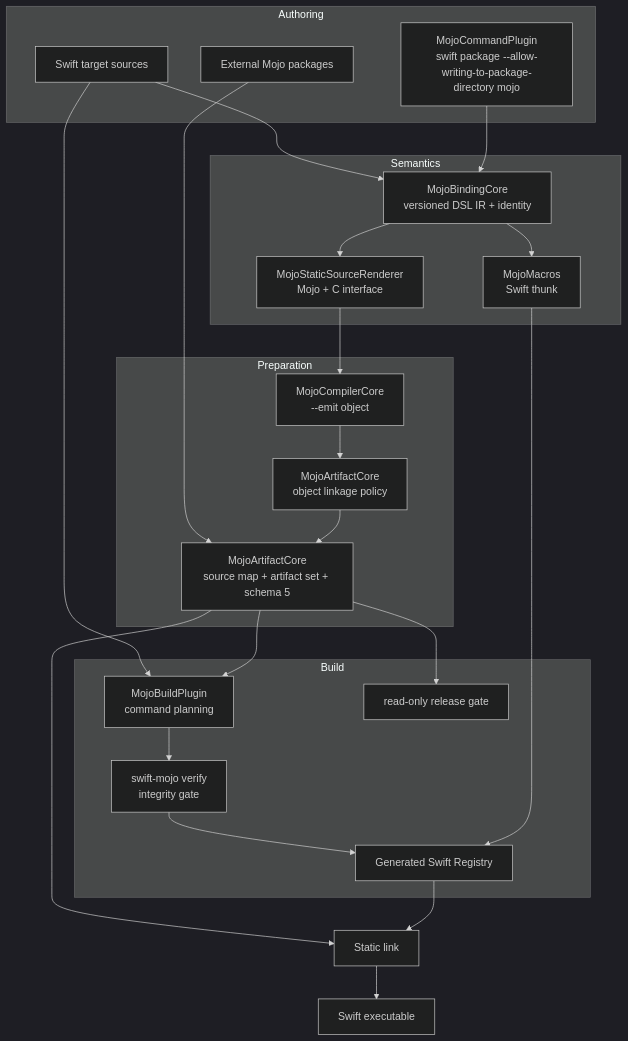
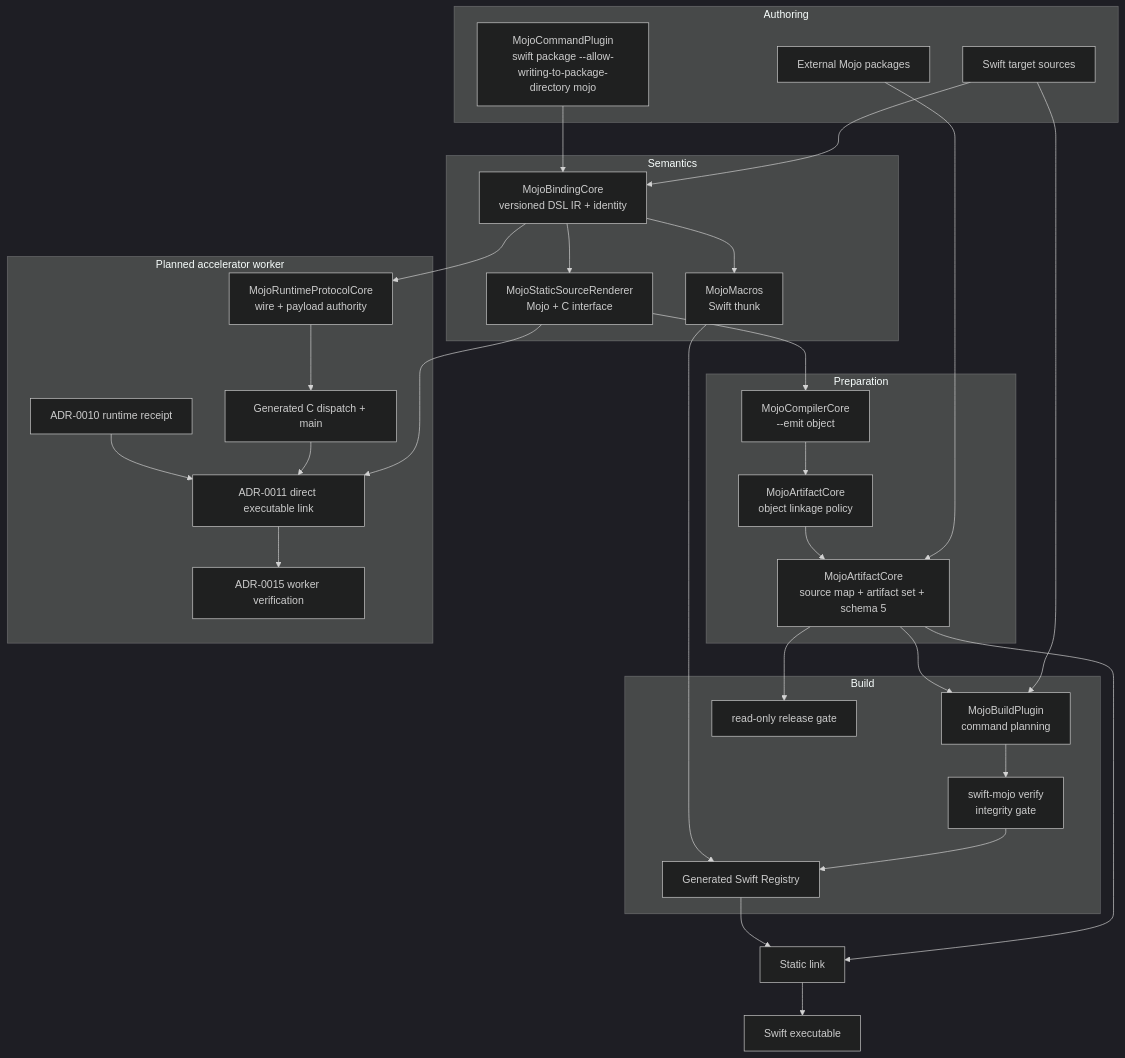
The first of 4 diagrams in DESIGN.md (1amageek/swift-mojo), drawn with Mermaid (dark theme) before and after one commit. The commit also changed other lines of this file and 15 other files, not shown here.

Commit message:
Document direct-linked persistent worker architecture

````diff
--- a/DESIGN.md
+++ b/DESIGN.md
@@ -78,39 +82,51 @@
 ```mermaid
 flowchart TB
     subgraph Authoring
         Swift["Swift target sources"]
         CLI["MojoCommandPlugin<br/>swift package --allow-writing-to-package-directory mojo"]
         External["External Mojo packages"]
     end
 
     subgraph Semantics
         IR["MojoBindingCore<br/>versioned DSL IR + identity"]
         Macro["MojoMacros<br/>Swift thunk"]
         Renderer["MojoStaticSourceRenderer<br/>Mojo + C interface"]
     end
 
     subgraph Preparation
         Compiler["MojoCompilerCore<br/>--emit object"]
         Inspector["MojoArtifactCore<br/>object linkage policy"]
         Packager["MojoArtifactCore<br/>source map + artifact set + schema 5"]
     end
 
     subgraph Build
         Plugin["MojoBuildPlugin<br/>command planning"]
         Verifier["swift-mojo verify<br/>integrity gate"]
         Registry["Generated Swift Registry"]
         Release["read-only release gate"]
     end
 
+    subgraph AcceleratorWorker["Planned accelerator worker"]
+        Protocol["MojoRuntimeProtocolCore<br/>wire + payload authority"]
+        WorkerC["Generated C dispatch + main"]
+        Receipt["ADR-0010 runtime receipt"]
+        WorkerLink["ADR-0011 direct executable link"]
+        WorkerVerify["ADR-0015 worker verification"]
+    end
+
     Swift --> IR
     IR --> Macro
     CLI --> IR
     External --> Packager
     IR --> Renderer --> Compiler --> Inspector --> Packager
     Swift --> Plugin
     Packager --> Plugin --> Verifier --> Registry
     Packager --> Release
     Macro --> Registry
     Packager --> Link["Static link"]
     Registry --> Link --> Executable["Swift executable"]
+    IR --> Protocol --> WorkerC
+    Renderer --> WorkerLink
+    WorkerC --> WorkerLink
+    Receipt --> WorkerLink --> WorkerVerify
 ```
````
